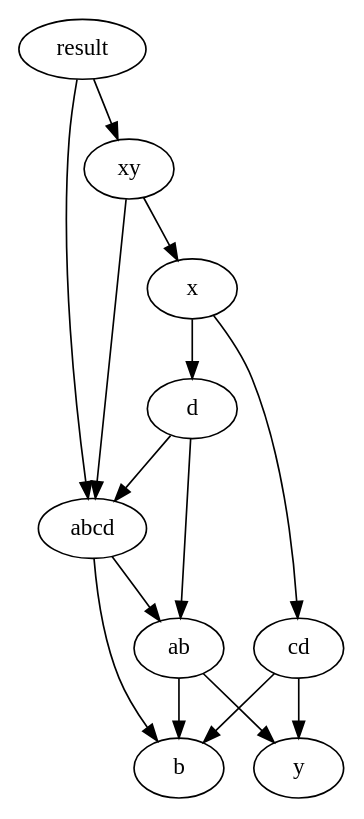
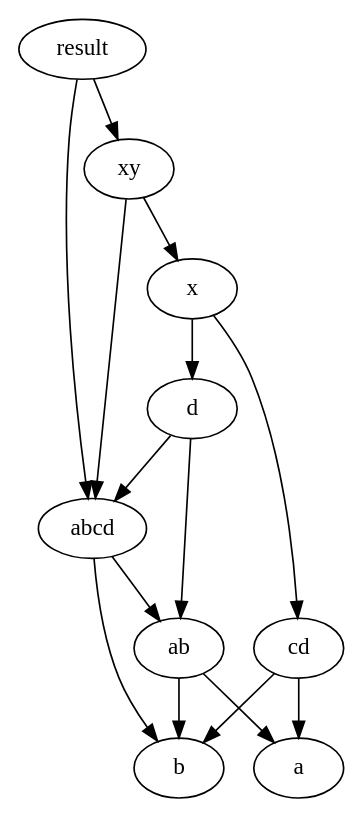
One commit to eldargab/dar-container-talk-slides changed the diagram in src/examples/complex.dot. Above: the diagram before and after it, drawn with Graphviz. The commit also changed 4 other files, not shown here.

```diff
--- a/src/examples/complex.dot
+++ b/src/examples/complex.dot
@@ -1,9 +1,9 @@
 digraph complex {
   result -> {abcd, xy}
   abcd -> {ab, b}
-  ab -> {y, b}
+  ab -> {a, b}
   xy -> {abcd, x}
   x -> {cd, d}
-  cd -> {b, y}
+  cd -> {a, b}
   d -> {ab, abcd}
 }
```
